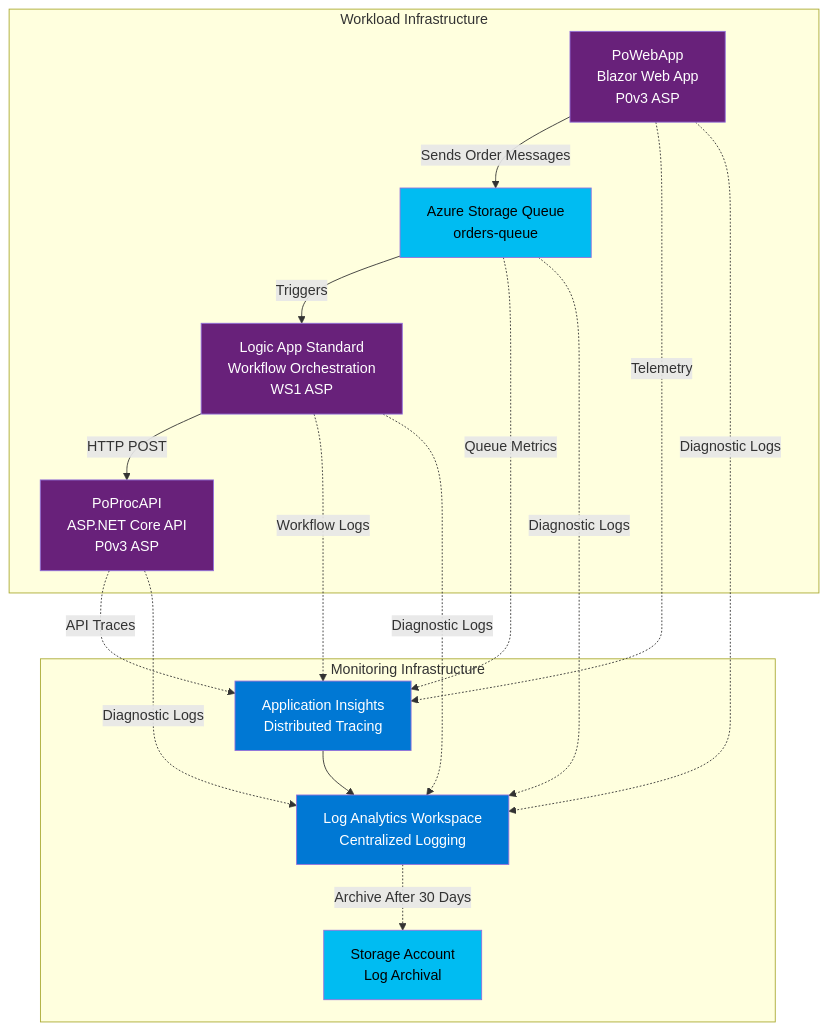
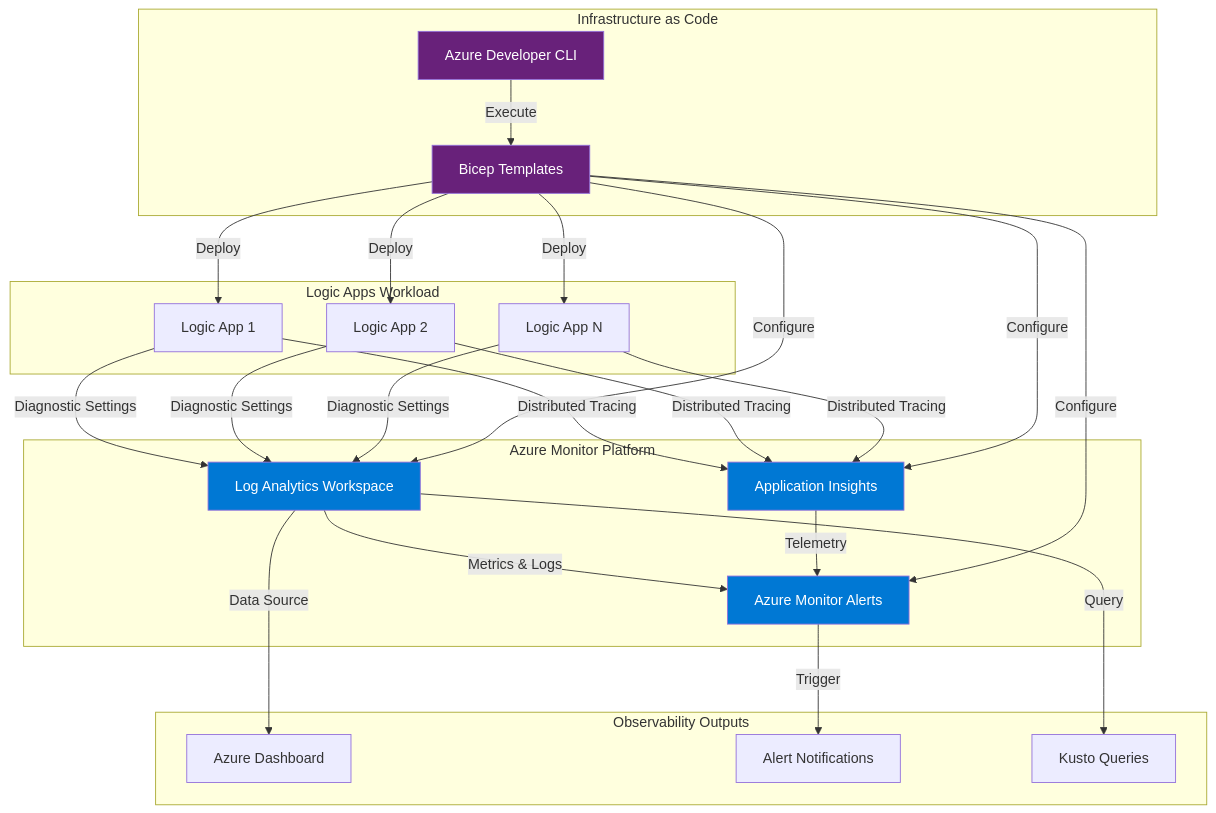
Before and after one commit to Evilazaro/Azure-LogicApps-Monitoring: the first of 2 diagrams in README.md, drawn with Mermaid. The commit also changed other lines of this file, not shown here.

First line of the commit message:
Refactor README.md for Azure Logic Apps Monitoring Project

````diff
--- a/README.md
+++ b/README.md
@@ -158,40 +106,55 @@
 ```mermaid
 graph TB
-    subgraph "Monitoring Infrastructure"
-        LAW[Log Analytics Workspace<br/>Centralized Logging]
-        AI[Application Insights<br/>Distributed Tracing]
-        SA[Storage Account<br/>Log Archival]
+    subgraph "Azure Monitor Platform"
+        LA[Log Analytics Workspace]
+        AI[Application Insights]
+        AM[Azure Monitor Alerts]
     end
-
-    subgraph "Workload Infrastructure"
-        WEB[PoWebApp<br/>Blazor Web App<br/>P0v3 ASP]
-        QUEUE[Azure Storage Queue<br/>orders-queue]
-        LA[Logic App Standard<br/>Workflow Orchestration<br/>WS1 ASP]
-        API[PoProcAPI<br/>ASP.NET Core API<br/>P0v3 ASP]
+    
+    subgraph "Logic Apps Workload"
+        LApp1[Logic App 1]
+        LApp2[Logic App 2]
+        LApp3[Logic App N]
     end
-
-    WEB -->|Sends Order Messages| QUEUE
-    QUEUE -->|Triggers| LA
-    LA -->|HTTP POST| API
-
-    WEB -.->|Telemetry| AI
-    LA -.->|Workflow Logs| AI
-    API -.->|API Traces| AI
-    QUEUE -.->|Queue Metrics| AI
-
-    AI --> LAW
-    WEB -.->|Diagnostic Logs| LAW
-    LA -.->|Diagnostic Logs| LAW
-    API -.->|Diagnostic Logs| LAW
-    QUEUE -.->|Diagnostic Logs| LAW
-
-    LAW -.->|Archive After 30 Days| SA
-
-    style LAW fill:#0078D4,color:#fff
-    style AI fill:#0078D4,color:#fff
-    style SA fill:#00BCF2,color:#000
-    style WEB fill:#68217A,color:#fff
-    style LA fill:#68217A,color:#fff
-    style API fill:#68217A,color:#fff
-    style QUEUE fill:#00BCF2,color:#000
+    
+    subgraph "Infrastructure as Code"
+        Bicep[Bicep Templates]
+        AZD[Azure Developer CLI]
+    end
+    
+    subgraph "Observability Outputs"
+        Dashboard[Azure Dashboard]
+        Alerts[Alert Notifications]
+        Queries[Kusto Queries]
+    end
+    
+    LApp1 -->|Diagnostic Settings| LA
+    LApp2 -->|Diagnostic Settings| LA
+    LApp3 -->|Diagnostic Settings| LA
+    
+    LApp1 -->|Distributed Tracing| AI
+    LApp2 -->|Distributed Tracing| AI
+    LApp3 -->|Distributed Tracing| AI
+    
+    LA -->|Metrics & Logs| AM
+    AI -->|Telemetry| AM
+    
+    AM -->|Trigger| Alerts
+    LA -->|Data Source| Dashboard
+    LA -->|Query| Queries
+    
+    Bicep -->|Deploy| LApp1
+    Bicep -->|Deploy| LApp2
+    Bicep -->|Deploy| LApp3
+    Bicep -->|Configure| LA
+    Bicep -->|Configure| AI
+    Bicep -->|Configure| AM
+    
+    AZD -->|Execute| Bicep
+    
+    style LA fill:#0078d4,color:#fff
+    style AI fill:#0078d4,color:#fff
+    style AM fill:#0078d4,color:#fff
+    style Bicep fill:#68217a,color:#fff
+    style AZD fill:#68217a,color:#fff
 ```
````
